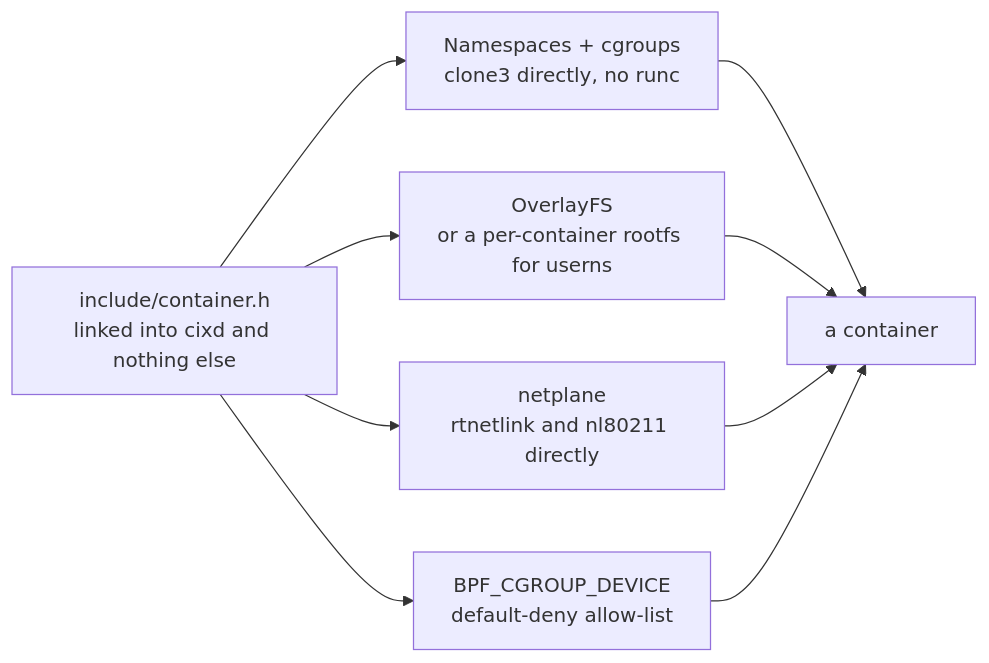
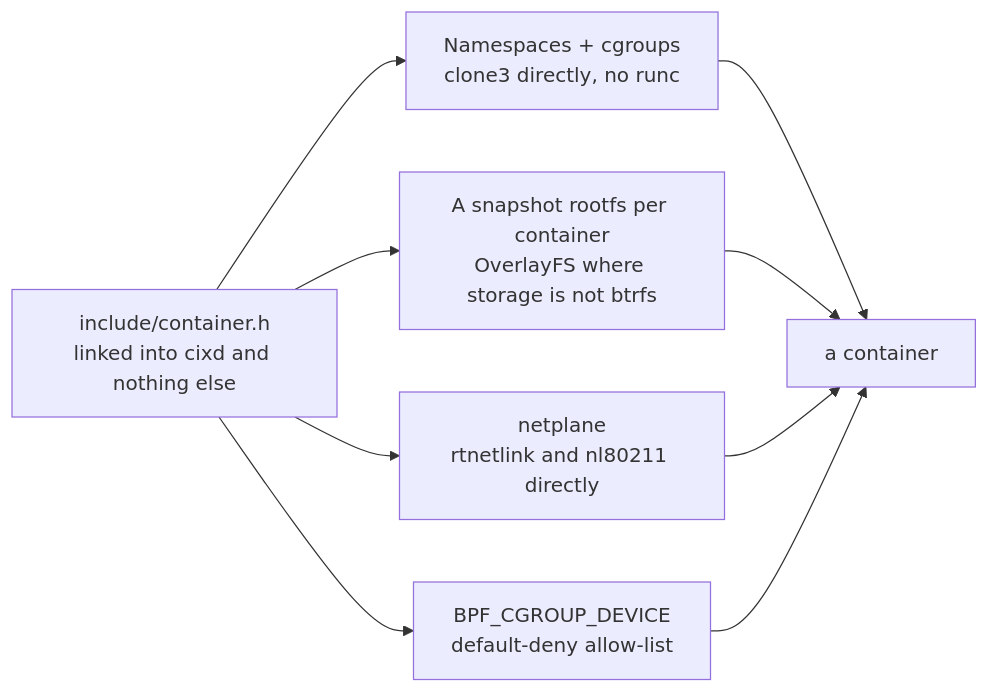
One commit to The-Cix-Project/cix changed the fifth of 6 diagrams in docs/architecture/architecture.md. Above: the diagram before and after it, drawn with Mermaid. The commit also changed other lines of this file and 17 other files, not shown here.

First line of the commit message:
A container's rootfs is a snapshot of its image, beside the image store (#608, ADR-0341)

````diff
--- a/docs/architecture/architecture.md
+++ b/docs/architecture/architecture.md
@@ -115,11 +120,11 @@
 ```mermaid
 flowchart LR
     hdr["include/container.h<br/>linked into cixd and nothing else"] --> ns["Namespaces + cgroups<br/>clone3 directly, no runc"]
-    hdr --> ovl["OverlayFS<br/>or a per-container rootfs for userns"]
+    hdr --> ovl["A snapshot rootfs per container<br/>OverlayFS where storage is not btrfs"]
     hdr --> netplane["netplane<br/>rtnetlink and nl80211 directly"]
     hdr --> devcg["BPF_CGROUP_DEVICE<br/>default-deny allow-list"]
     ns --> ctr["a container"]
     ovl --> ctr
     netplane --> ctr
     devcg --> ctr
 ```
````
